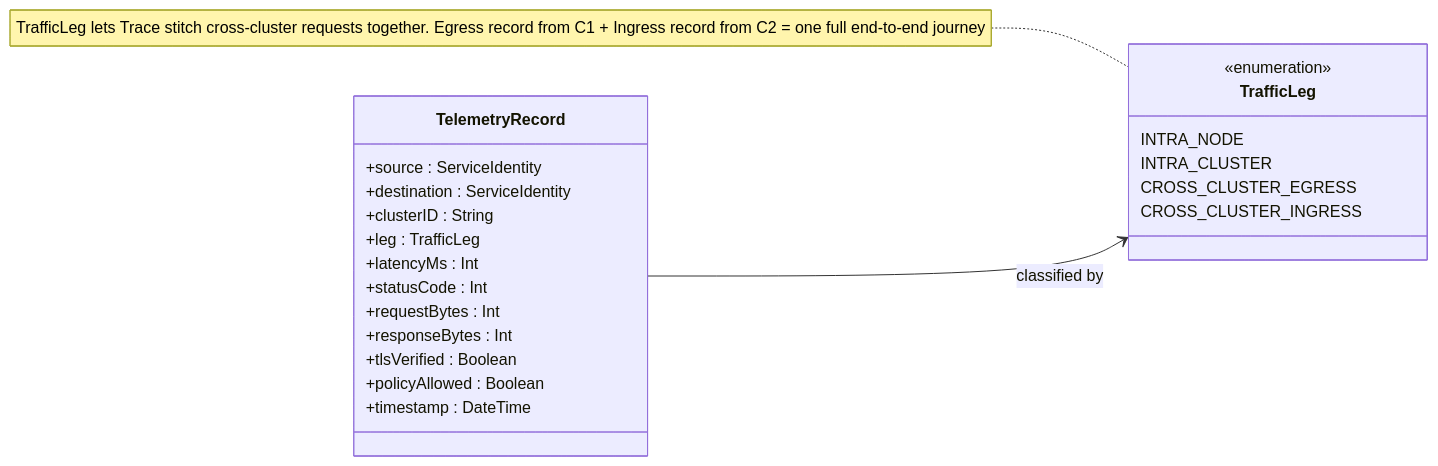
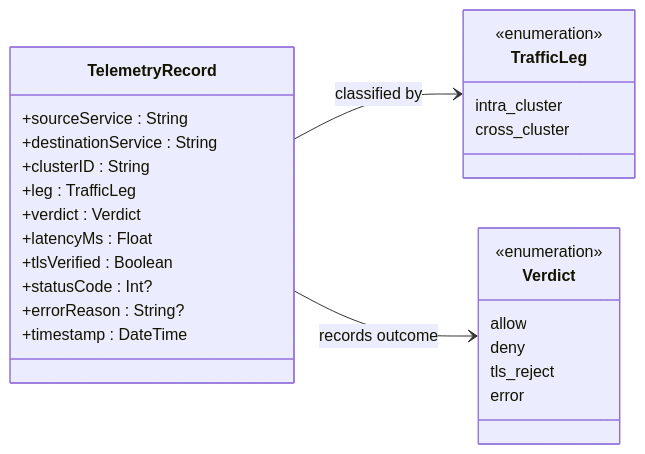
One commit to andrew-william-dev/Meshlite changed diagram 23 of 23 in docs/architecture.md. Above: the diagram before and after it, drawn with Mermaid. The commit also changed other lines of this file and 1610 other files, not shown here.

````diff
--- a/docs/architecture.md
+++ b/docs/architecture.md
@@ -862,30 +866,34 @@
 ```mermaid
 classDiagram
     direction LR
 
     class TelemetryRecord {
-        +source : ServiceIdentity
-        +destination : ServiceIdentity
+        +sourceService : String
+        +destinationService : String
         +clusterID : String
         +leg : TrafficLeg
-        +latencyMs : Int
-        +statusCode : Int
-        +requestBytes : Int
-        +responseBytes : Int
+        +verdict : Verdict
+        +latencyMs : Float
         +tlsVerified : Boolean
-        +policyAllowed : Boolean
+        +statusCode : Int?
+        +errorReason : String?
         +timestamp : DateTime
     }
 
     class TrafficLeg {
         <<enumeration>>
-        INTRA_NODE
-        INTRA_CLUSTER
-        CROSS_CLUSTER_EGRESS
-        CROSS_CLUSTER_INGRESS
+        intra_cluster
+        cross_cluster
+    }
+
+    class Verdict {
+        <<enumeration>>
+        allow
+        deny
+        tls_reject
+        error
     }
 
     TelemetryRecord --> TrafficLeg : classified by
-
-    note for TrafficLeg "TrafficLeg lets Trace stitch cross-cluster requests together. Egress record from C1 + Ingress record from C2 = one full end-to-end journey"
+    TelemetryRecord --> Verdict : records outcome
 ```
````
